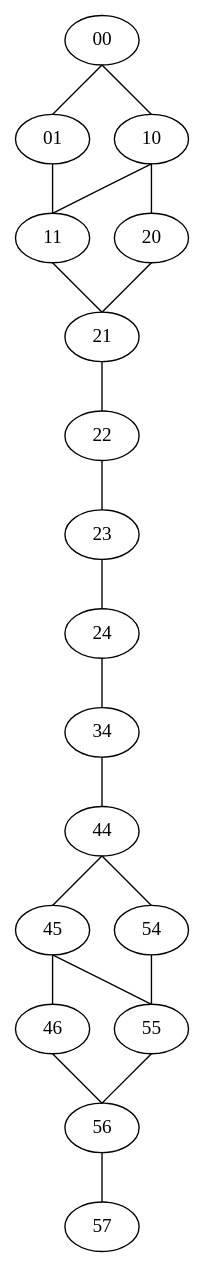
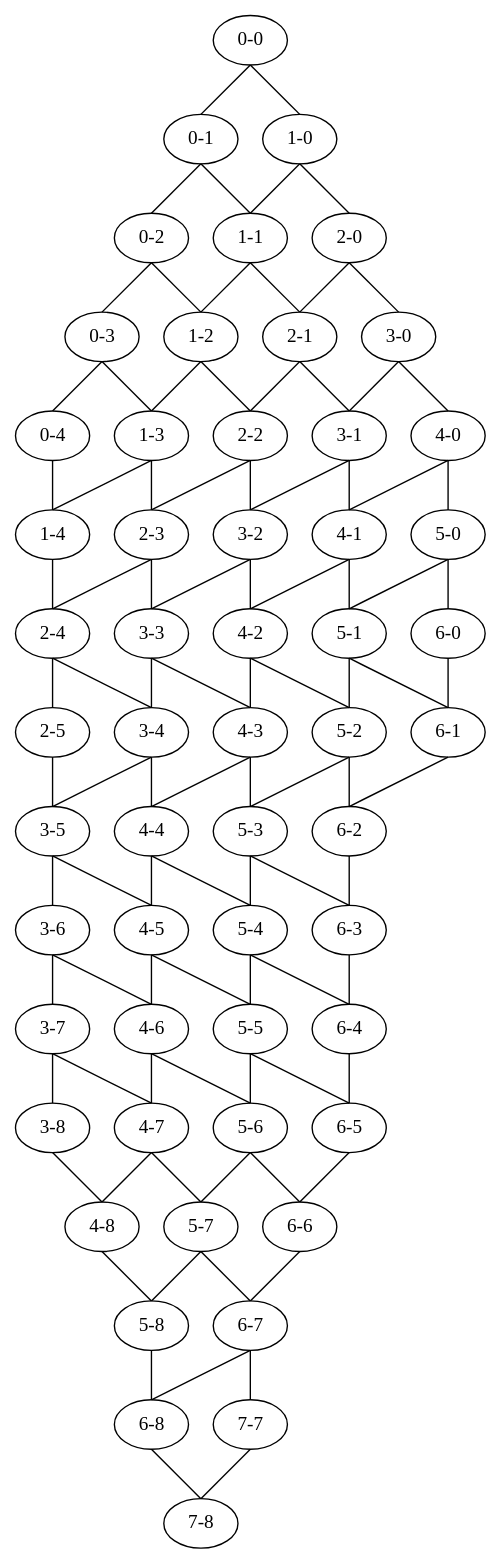
One commit to robzenn92/distributedAlgorithms changed the diagram in src/main/java/com/distributedalgorithms/out/lattice.dot. Above: the diagram before and after it, drawn with Graphviz. The commit also changed 11 other files, not shown here.

```diff
--- a/src/main/java/com/distributedalgorithms/out/lattice.dot
+++ b/src/main/java/com/distributedalgorithms/out/lattice.dot
@@ -1,65 +1,145 @@
 digraph item_set {
 
 // set edge attribute
 edge [dir = none tailport = "s" headport = "n"]
 splines=false
 
 // the 1o layer
-00 [label = "00"];
+0 [label = "0-0"];
 // the 2o layer
-01 [label = "01"];
-10 [label = "10"];
+1 [label = "0-1"];
+10 [label = "1-0"];
 
 // the 3o layer
-11 [label = "11"];
-20 [label = "20"];
+2 [label = "0-2"];
+11 [label = "1-1"];
+20 [label = "2-0"];
 
 // the 4o layer
-21 [label = "21"];
+3 [label = "0-3"];
+12 [label = "1-2"];
+21 [label = "2-1"];
+30 [label = "3-0"];
 
 // the 5o layer
-22 [label = "22"];
+4 [label = "0-4"];
+13 [label = "1-3"];
+22 [label = "2-2"];
+31 [label = "3-1"];
+40 [label = "4-0"];
 
 // the 6o layer
-23 [label = "23"];
+14 [label = "1-4"];
+23 [label = "2-3"];
+32 [label = "3-2"];
+41 [label = "4-1"];
+50 [label = "5-0"];
 
 // the 7o layer
-24 [label = "24"];
+24 [label = "2-4"];
+33 [label = "3-3"];
+42 [label = "4-2"];
+51 [label = "5-1"];
+60 [label = "6-0"];
 
 // the 8o layer
-34 [label = "34"];
+25 [label = "2-5"];
+34 [label = "3-4"];
+43 [label = "4-3"];
+52 [label = "5-2"];
+61 [label = "6-1"];
 
 // the 9o layer
-44 [label = "44"];
+35 [label = "3-5"];
+44 [label = "4-4"];
+53 [label = "5-3"];
+62 [label = "6-2"];
 
 // the 10o layer
-45 [label = "45"];
-54 [label = "54"];
+36 [label = "3-6"];
+45 [label = "4-5"];
+54 [label = "5-4"];
+63 [label = "6-3"];
 
 // the 11o layer
-46 [label = "46"];
-55 [label = "55"];
+37 [label = "3-7"];
+46 [label = "4-6"];
+55 [label = "5-5"];
+64 [label = "6-4"];
 
 // the 12o layer
-56 [label = "56"];
+38 [label = "3-8"];
+47 [label = "4-7"];
+56 [label = "5-6"];
+65 [label = "6-5"];
 
 // the 13o layer
-57 [label = "57"];
+48 [label = "4-8"];
+57 [label = "5-7"];
+66 [label = "6-6"];
 
-00 -> {10,01}
-01 -> {11}
+// the 14o layer
+58 [label = "5-8"];
+67 [label = "6-7"];
+
+// the 15o layer
+68 [label = "6-8"];
+77 [label = "7-7"];
+
+// the 16o layer
+78 [label = "7-8"];
+
+0 -> {10,1}
+1 -> {11,2}
+2 -> {12,3}
+3 -> {13,4}
+4 -> {14}
 10 -> {20,11}
-11 -> {21}
-20 -> {21}
-21 -> {22}
-22 -> {23}
-23 -> {24}
-24 -> {34}
-34 -> {44}
+11 -> {21,12}
+12 -> {22,13}
+13 -> {23,14}
+14 -> {24}
+20 -> {30,21}
+21 -> {31,22}
+22 -> {32,23}
+23 -> {33,24}
+24 -> {34,25}
+25 -> {35}
+30 -> {40,31}
+31 -> {41,32}
+32 -> {42,33}
+33 -> {43,34}
+34 -> {44,35}
+35 -> {45,36}
+36 -> {46,37}
+37 -> {47,38}
+38 -> {48}
+40 -> {50,41}
+41 -> {51,42}
+42 -> {52,43}
+43 -> {53,44}
 44 -> {54,45}
 45 -> {55,46}
-46 -> {56}
-54 -> {55}
-55 -> {56}
-56 -> {57}
+46 -> {56,47}
+47 -> {57,48}
+48 -> {58}
+50 -> {60,51}
+51 -> {61,52}
+52 -> {62,53}
+53 -> {63,54}
+54 -> {64,55}
+55 -> {65,56}
+56 -> {66,57}
+57 -> {67,58}
+58 -> {68}
+60 -> {61}
+61 -> {62}
+62 -> {63}
+63 -> {64}
+64 -> {65}
+65 -> {66}
+66 -> {67}
+67 -> {77,68}
+68 -> {78}
+77 -> {78}
 }
```
